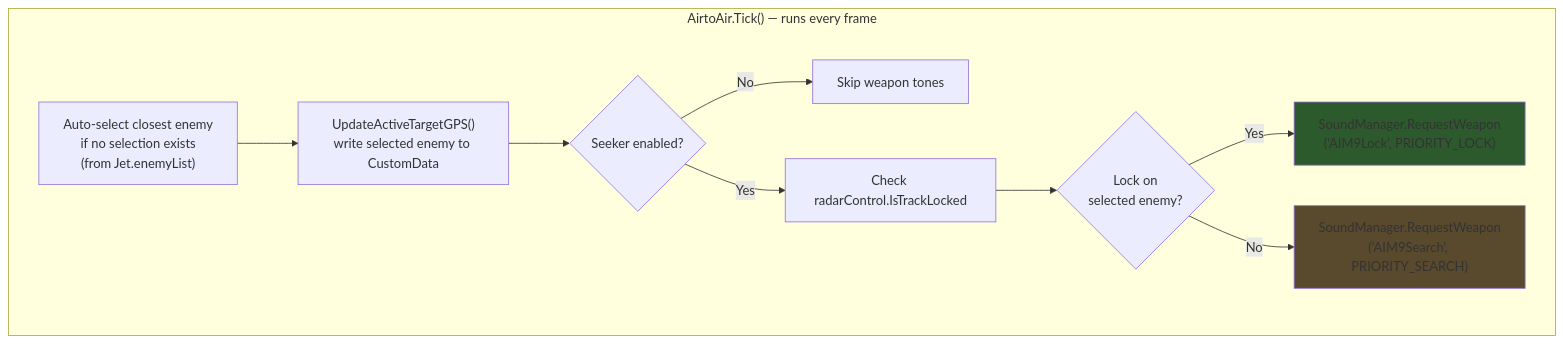
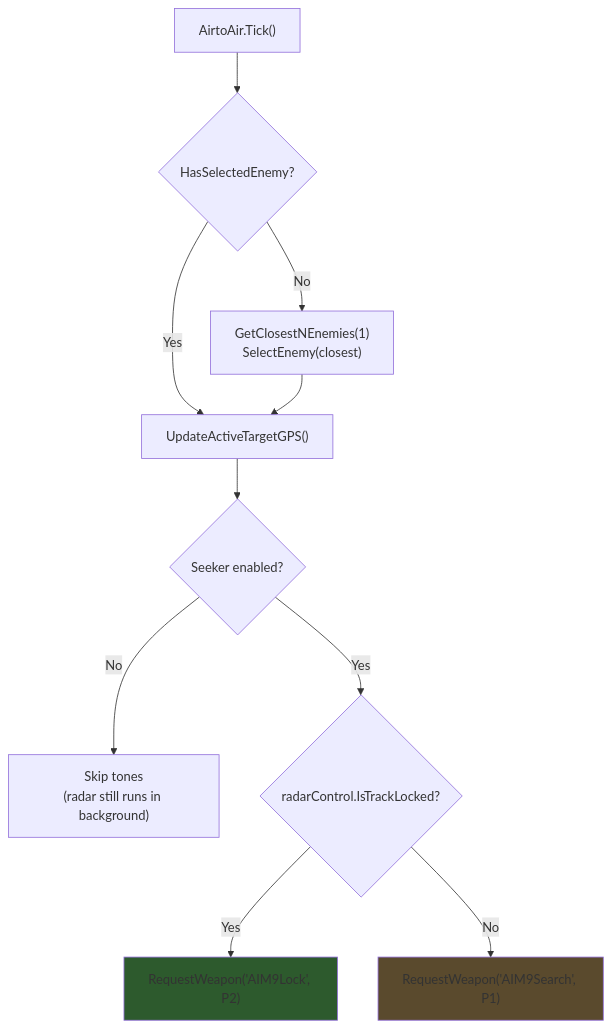
One commit to Terilia/JetOS changed the fifth of 8 diagrams in docs/weapons.md. Above: the diagram before and after it, drawn with Mermaid. The commit also changed other lines of this file and 23 other files, not shown here.

````diff
--- a/docs/weapons.md
+++ b/docs/weapons.md
@@ -135,18 +216,15 @@
 ```mermaid
 flowchart TD
-    subgraph TickLoop ["AirtoAir.Tick() — runs every frame"]
-        AUTO["Auto-select closest enemy\nif no selection exists\n(from Jet.enemyList)"]
-        GPS["UpdateActiveTargetGPS()\nwrite selected enemy to CustomData"]
-        SEEKER{"Seeker enabled?"}
-        SEEKER -- "No" --> DONE["Skip weapon tones"]
-        SEEKER -- "Yes" --> CHECK["Check radarControl.IsTrackLocked"]
-        CHECK --> LOCKED{"Lock on\nselected enemy?"}
-        LOCKED -- "Yes" --> LOCK_TONE["SoundManager.RequestWeapon\n('AIM9Lock', PRIORITY_LOCK)"]
-        LOCKED -- "No" --> SEARCH_TONE["SoundManager.RequestWeapon\n('AIM9Search', PRIORITY_SEARCH)"]
-    end
+    AT["AirtoAir.Tick()"] --> SEL{HasSelectedEnemy?}
+    SEL -- "No" --> AUTO["GetClosestNEnemies(1)<br/>SelectEnemy(closest)"]
+    SEL -- "Yes" --> GPS["UpdateActiveTargetGPS()"]
+    AUTO --> GPS
+    GPS --> SK{Seeker enabled?}
+    SK -- "No" --> DONE["Skip tones<br/>(radar still runs in background)"]
+    SK -- "Yes" --> LCK{radarControl.IsTrackLocked?}
+    LCK -- "Yes" --> LT["RequestWeapon('AIM9Lock', P2)"]
+    LCK -- "No" --> ST["RequestWeapon('AIM9Search', P1)"]
 
-    AUTO --> GPS --> SEEKER
-
-    style LOCK_TONE fill:#2d5a2d
-    style SEARCH_TONE fill:#5a4a2d
+    style LT fill:#2d5a2d
+    style ST fill:#5a4a2d
 ```
````
